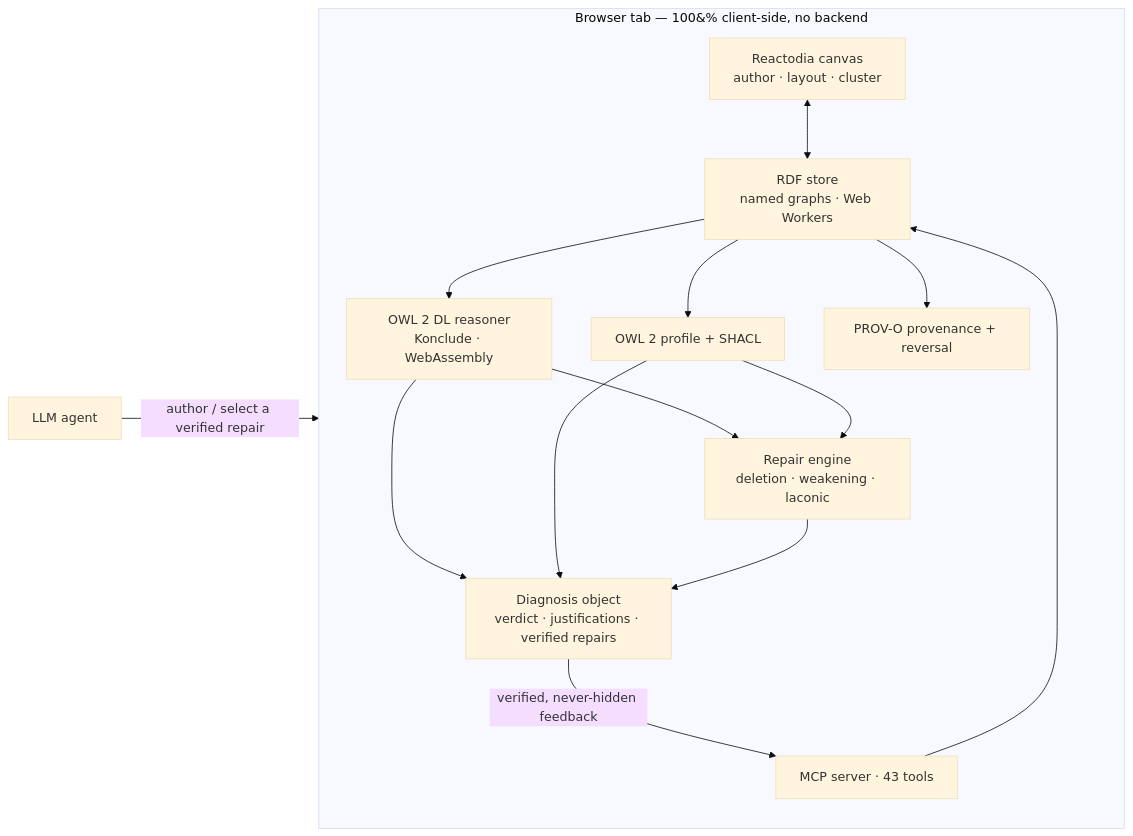
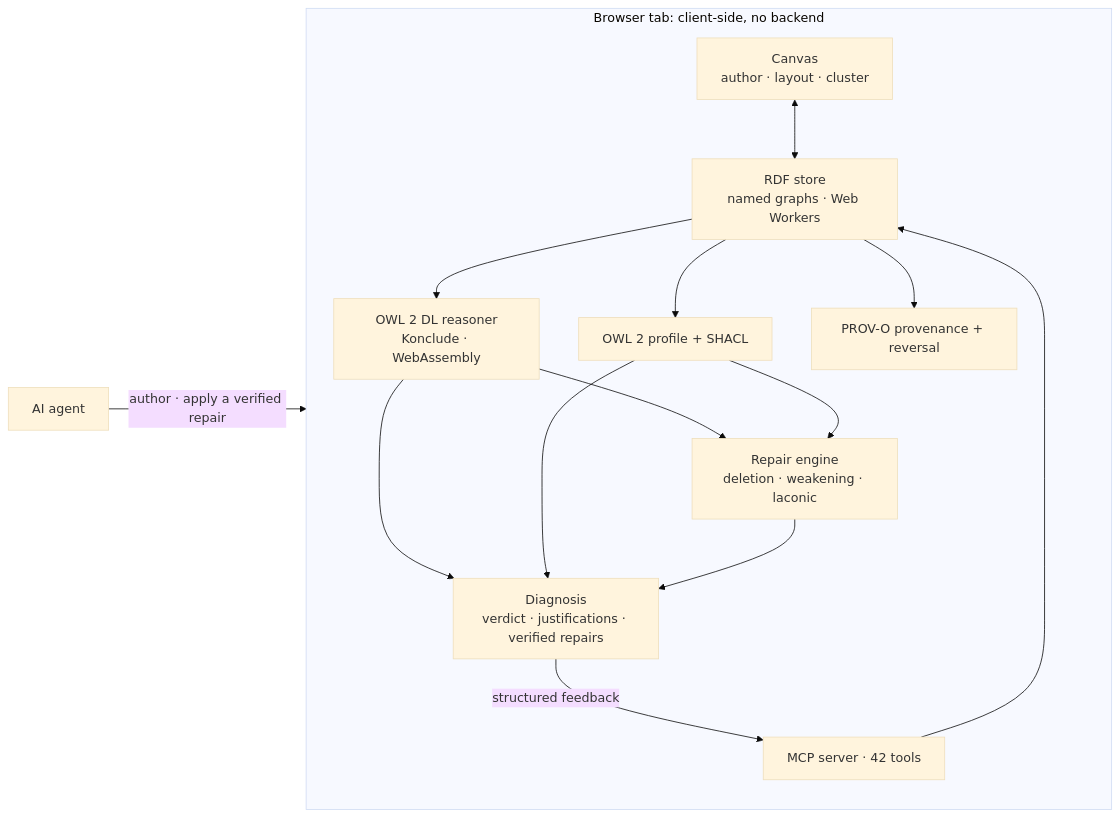
Before and after one commit to ThHanke/ontosphere: the diagram in README.md, drawn with Mermaid (base theme). The commit also changed other lines of this file and 21 other files, not shown here.

````diff
--- a/README.md
+++ b/README.md
@@ -66,27 +107,27 @@
 ```mermaid
 flowchart LR
-  Agent["LLM agent"]
-  subgraph B["Browser tab — 100&#37; client-side, no backend"]
+  Agent["AI agent"]
+  subgraph B["Browser tab: client-side, no backend"]
     direction TB
-    UI["Reactodia canvas<br/>author · layout · cluster"]
+    UI["Canvas<br/>author · layout · cluster"]
     Store["RDF store<br/>named graphs · Web Workers"]
     Reason["OWL 2 DL reasoner<br/>Konclude · WebAssembly"]
     Check["OWL 2 profile + SHACL"]
     Repair["Repair engine<br/>deletion · weakening · laconic"]
-    Diag["Diagnosis object<br/>verdict · justifications · verified repairs"]
+    Diag["Diagnosis<br/>verdict · justifications · verified repairs"]
     Prov["PROV-O provenance + reversal"]
-    MCP["MCP server · 43 tools"]
+    MCP["MCP server · 42 tools"]
   end
-  Agent -->|"author / select a verified repair"| MCP
+  Agent -->|"author · apply a verified repair"| MCP
   MCP --> Store
   UI <--> Store
   Store --> Reason
   Store --> Check
   Reason --> Repair
   Check --> Repair
   Reason --> Diag
   Check --> Diag
   Repair --> Diag
-  Diag -->|"verified, never-hidden feedback"| MCP
+  Diag -->|"structured feedback"| MCP
   Store --> Prov
 ```
````
